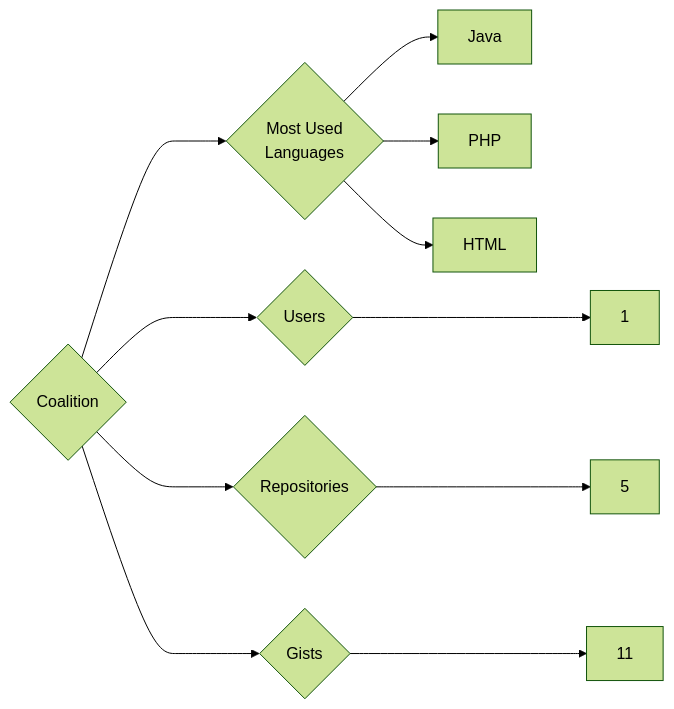
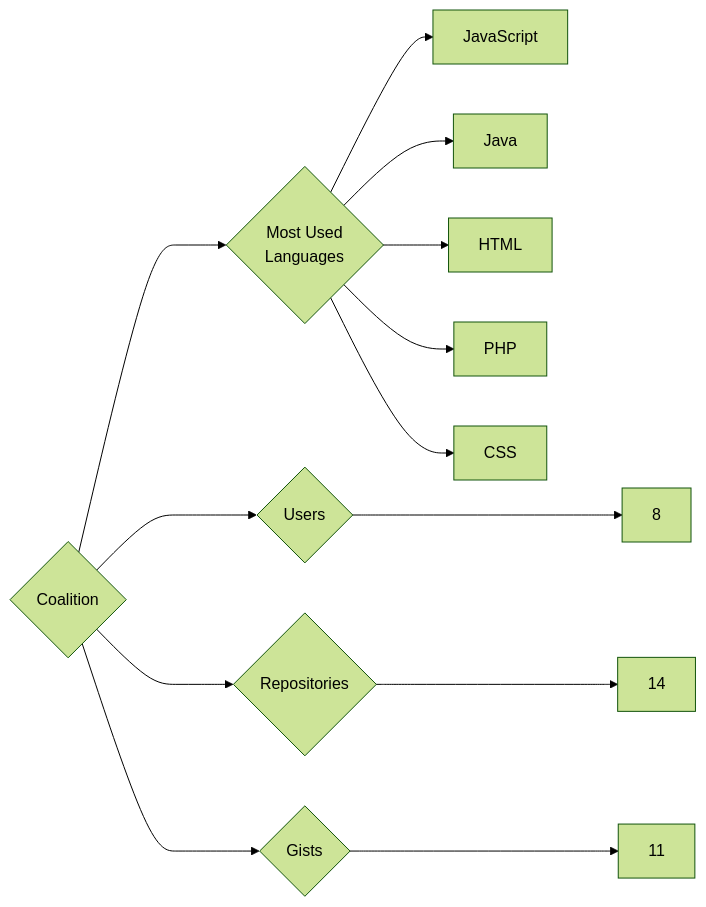
The diagram in targets/Coalition/README.md (trickest/insiders), drawn with Mermaid (forest theme) before and after one commit. The commit also changed 610 other files, not shown here.

````diff
--- a/targets/Coalition/README.md
+++ b/targets/Coalition/README.md
@@ -3,11 +3,13 @@
 ```mermaid
 graph LR
 COMPANY_NAME{Coalition}
-COMPANY_NAME ---> U{Users} ---> UN[1]
-COMPANY_NAME ---> R{Repositories} ---> RN[5]
+COMPANY_NAME ---> U{Users} ---> UN[8]
+COMPANY_NAME ---> R{Repositories} ---> RN[14]
 COMPANY_NAME ---> G{Gists} ---> GN[11]
 COMPANY_NAME ---> ML{Most Used<br>Languages}
+ML --> JavaScript[JavaScript]
 ML --> Java[Java]
+ML --> HTML[HTML]
 ML --> PHP[PHP]
-ML --> HTML[HTML]
+ML --> CSS[CSS]
 ```
````
